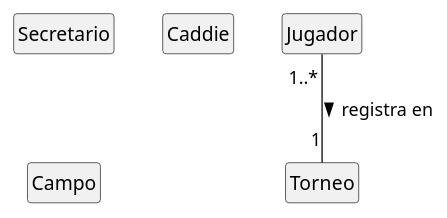
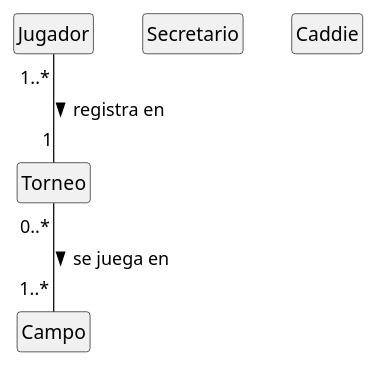
Before and after one commit to jjrp1/PDS: the diagram in p2-a2.puml, drawn with PlantUML.

```diff
--- a/p2-a2.puml
+++ b/p2-a2.puml
@@ -2,16 +2,18 @@
 @startuml
 hide empty fields 
 hide empty attributes 
 hide empty methods
 hide empty members
 hide circle
 
 class Jugador
 class Secretario
 class Caddie 
 class Torneo 
 class Campo
 
 Jugador "1..*" -- "1" Torneo : registra en >
+Torneo "0..*" -- "1..*" Campo : se juega en >
+
 
 @enduml
```
